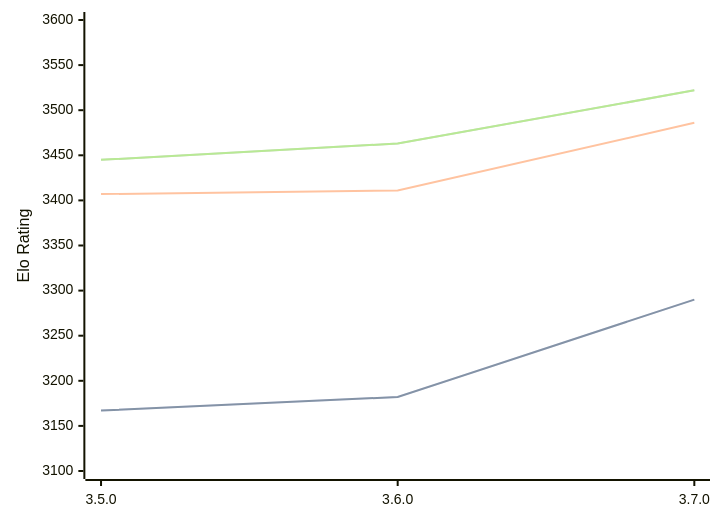
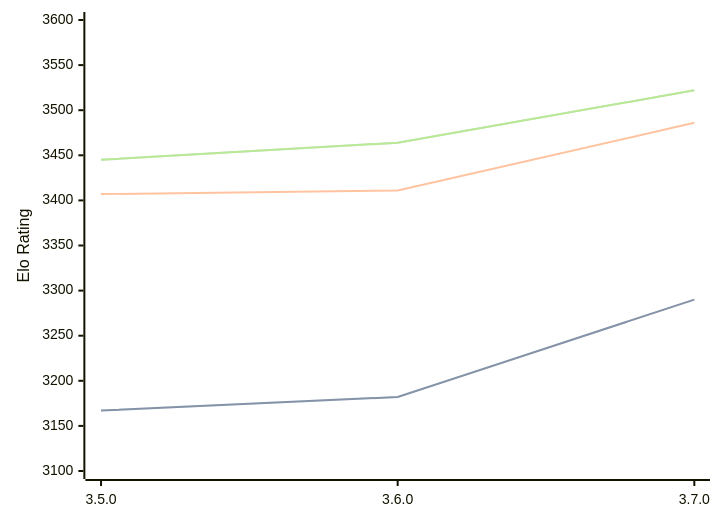
One commit to computer-chess-index/cci changed the diagram in engines/Igel.md. Above: the diagram before and after it, drawn with Mermaid. The commit also changed other lines of this file, not shown here.

Commit message:
Update CCI Ratings (ELO VLTC) - 2026-09-10

````diff
--- a/engines/Igel.md
+++ b/engines/Igel.md
@@ -33,11 +33,11 @@
 ```mermaid
 %%{init: {"theme":"base","themeVariables":{"seriesColors:['#a3a3a3','#222221','#faa371']}}}%%
 xychart-beta
   x-axis ["3.5.0", "3.6.0", "3.7.0"]
   y-axis "Elo Rating" 3100 --> 3600
   line "" [3167, 3182, 3290]
   line "STC (8.0+0.08s)" [3167, 3182, 3290]
   line "LTC (60.0+0.60s)" [3407, 3411, 3486]
-  line "" [3445, 3463, 3522]
-  line "VLTC (2m24s+1.12s)" [3445, 3463, 3522]
+  line "" [3445, 3464, 3522]
+  line "VLTC (2m24s+1.12s)" [3445, 3464, 3522]
 ```
````
